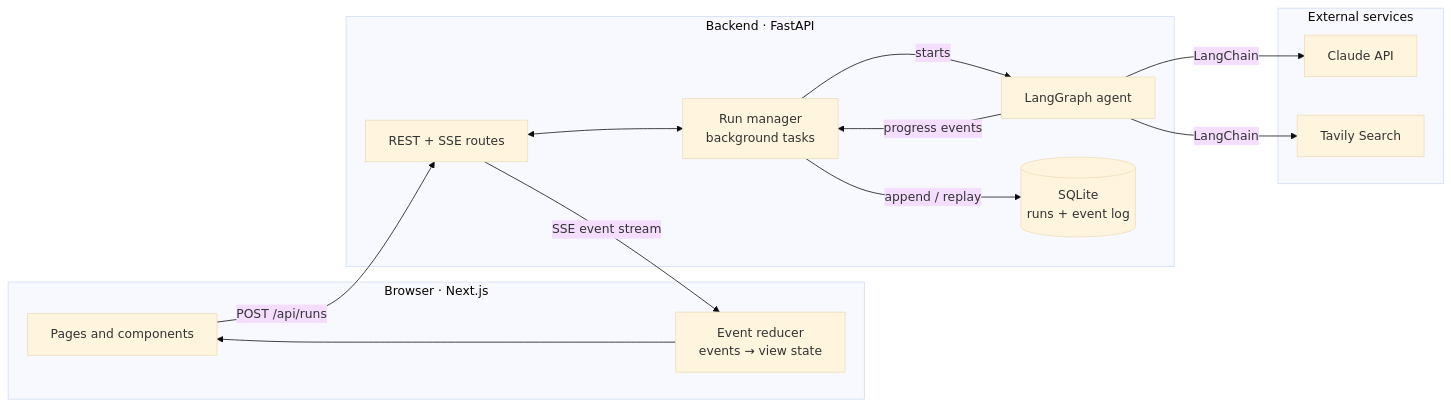
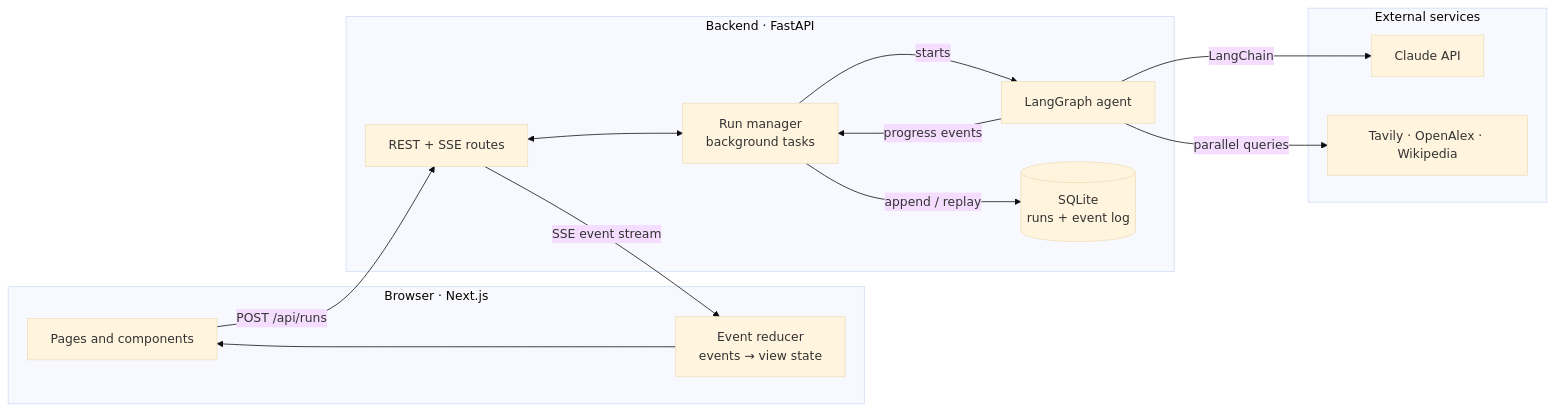
One commit to WebDevAmey/ResearchGraph changed the first of 4 diagrams in README.md. Above: the diagram before and after it, drawn with Mermaid (base theme). The commit also changed other lines of this file and 6 other files, not shown here.

````diff
--- a/README.md
+++ b/README.md
@@ -112,29 +118,29 @@
 ```mermaid
 flowchart LR
     subgraph Browser["Browser · Next.js"]
         UI["Pages and components"]
         Reducer["Event reducer<br/>events → view state"]
     end
 
     subgraph Server["Backend · FastAPI"]
         API["REST + SSE routes"]
         Runs["Run manager<br/>background tasks"]
         Agent["LangGraph agent"]
         DB[("SQLite<br/>runs + event log")]
     end
 
     subgraph External["External services"]
         Claude["Claude API"]
-        Tavily["Tavily Search"]
+        Search["Tavily · OpenAlex · Wikipedia"]
     end
 
     UI -- "POST /api/runs" --> API
     API -- "SSE event stream" --> Reducer
     Reducer --> UI
     API <--> Runs
     Runs -- "starts" --> Agent
     Agent -- "progress events" --> Runs
     Runs -- "append / replay" --> DB
     Agent -- "LangChain" --> Claude
-    Agent -- "LangChain" --> Tavily
+    Agent -- "parallel queries" --> Search
 ```
````
